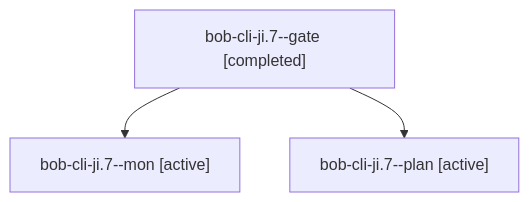
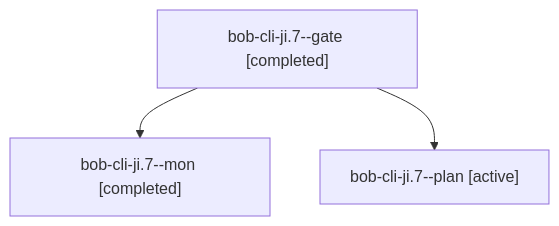
Before and after one commit to bobs-org/bob-cli--agents: the diagram in sessions/bbugyi200.apollo.bob-cli-ji.7.md, drawn with Mermaid. The commit also changed other lines of this file and 63 other files, not shown here.

````diff
--- a/sessions/bbugyi200.apollo.bob-cli-ji.7.md
+++ b/sessions/bbugyi200.apollo.bob-cli-ji.7.md
@@ -9,8 +9,8 @@
 ```mermaid
 flowchart TD
   n0["bob-cli-ji.7--gate [completed]"]
-  n1["bob-cli-ji.7--mon [active]"]
+  n1["bob-cli-ji.7--mon [completed]"]
   n0 --> n1
   n2["bob-cli-ji.7--plan [active]"]
   n0 --> n2
 ```
````
